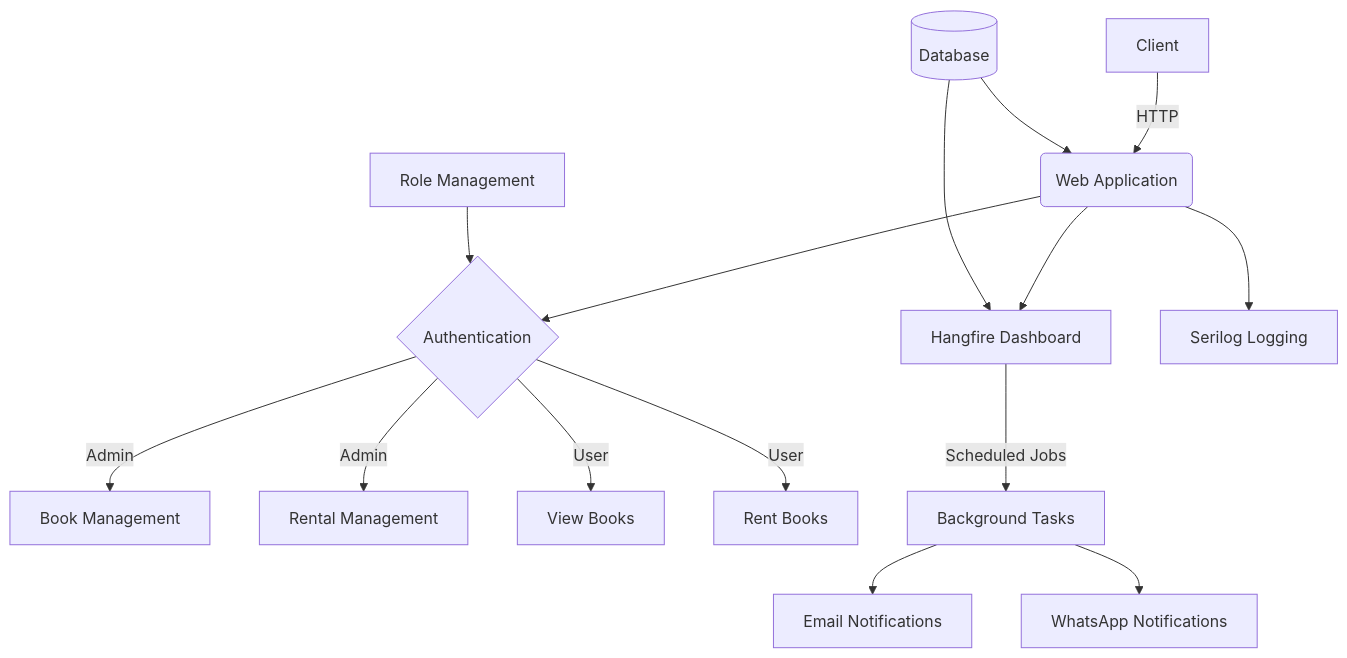
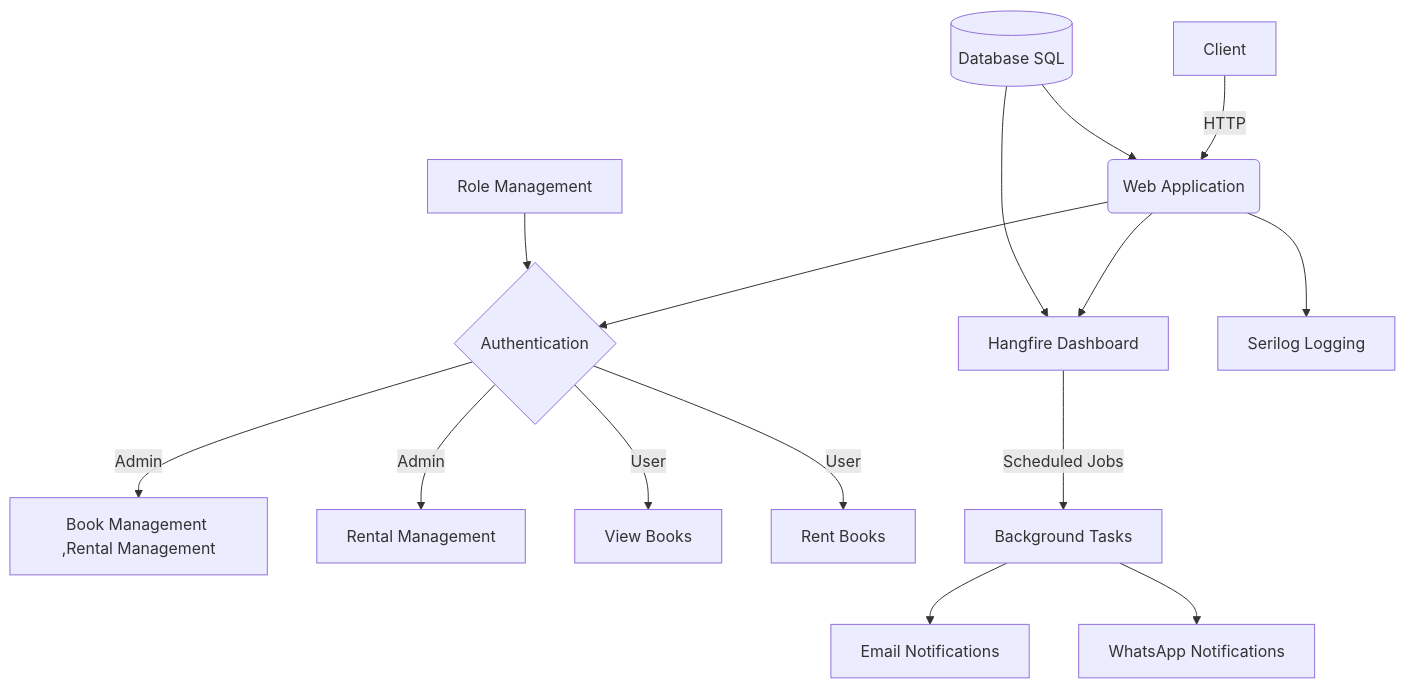
The diagram in README.md (mohamedelsaid056/MVC.bookifyapp.aspdotnet), drawn with Mermaid before and after one commit.

````diff
--- a/README.md
+++ b/README.md
@@ -4,17 +4,17 @@
 ```mermaid
 graph TD
     A[Client] -->|HTTP| B(Web Application)
     B --> C{Authentication}
-    C -->|Admin| D[Book Management]
+    C -->|Admin| D[Book Management ,Rental Management]
     C -->|Admin| E[Rental Management]
     C -->|User| F[View Books]
     C -->|User| G[Rent Books]
     B --> H[Hangfire Dashboard]
     H -->|Scheduled Jobs| I[Background Tasks]
     I --> J[Email Notifications]
     I --> K[WhatsApp Notifications]
     B --> L[Serilog Logging]
-    M[(Database)] --> B
+    M[(Database SQL)] --> B
     M --> H
     N[Role Management] --> C
 ```
````
